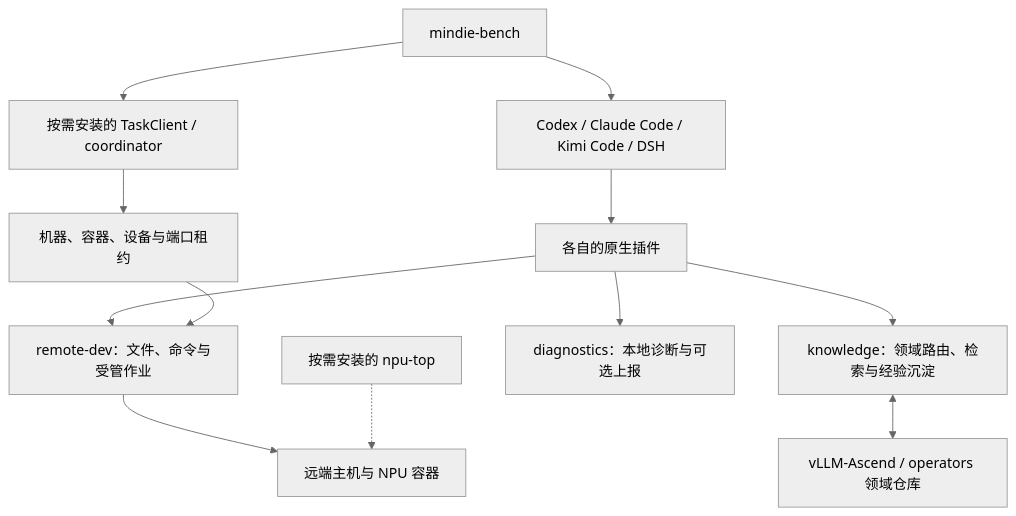
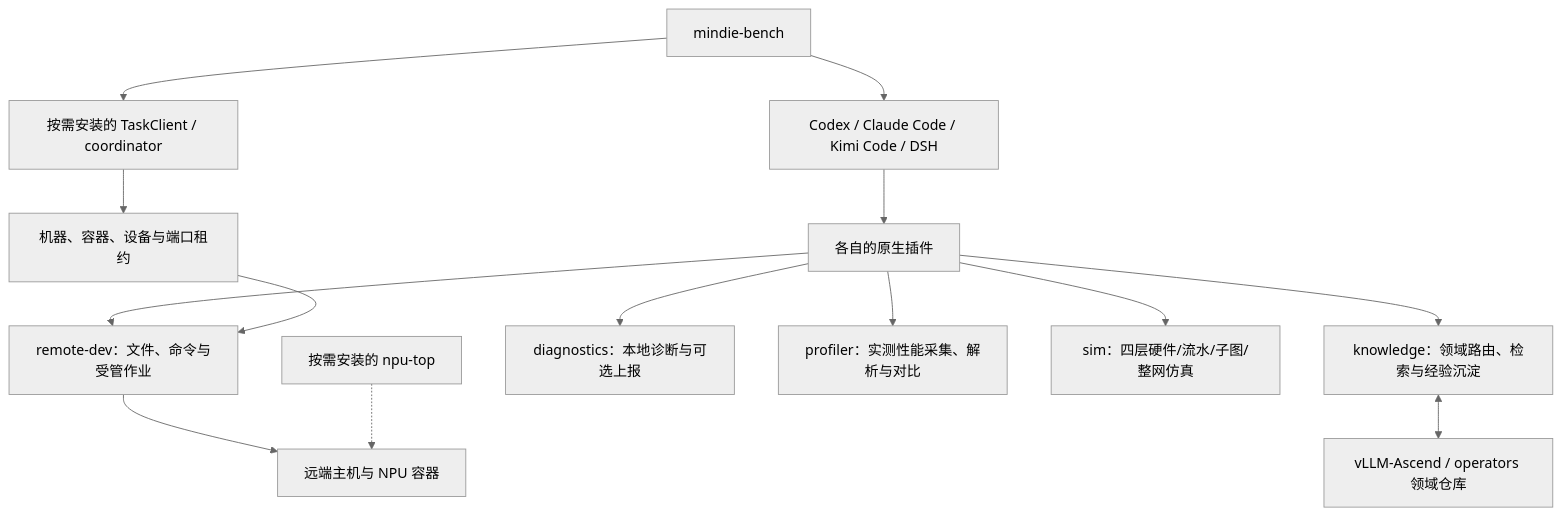
The diagram in docs/architecture.md (mindie-agent/mindie-agent), drawn with Mermaid (neutral theme) before and after one commit. The commit also changed other lines of this file and 5 other files, not shown here.

Commit message:
docs(arch): split sim and profiler into standalone single-responsibility repositories

````diff
--- a/docs/architecture.md
+++ b/docs/architecture.md
@@ -11,14 +11,16 @@
 ```mermaid
 flowchart TB
     H["Codex / Claude Code / Kimi Code / DSH"] --> P["各自的原生插件"]
     P --> K["knowledge：领域路由、检索与经验沉淀"]
     P --> R["remote-dev：文件、命令与受管作业"]
     P --> D["diagnostics：本地诊断与可选上报"]
+    P --> PR["profiler：实测性能采集、解析与对比"]
+    P --> S["sim：四层硬件/流水/子图/整网仿真"]
     K <--> F["vLLM-Ascend / operators 领域仓库"]
     T["按需安装的 TaskClient / coordinator"] --> Q["机器、容器、设备与端口租约"]
     Q --> R
     R --> N["远端主机与 NPU 容器"]
     M["按需安装的 npu-top"] -.-> N
     B["mindie-bench"] --> T
     B --> H
 ```
````
